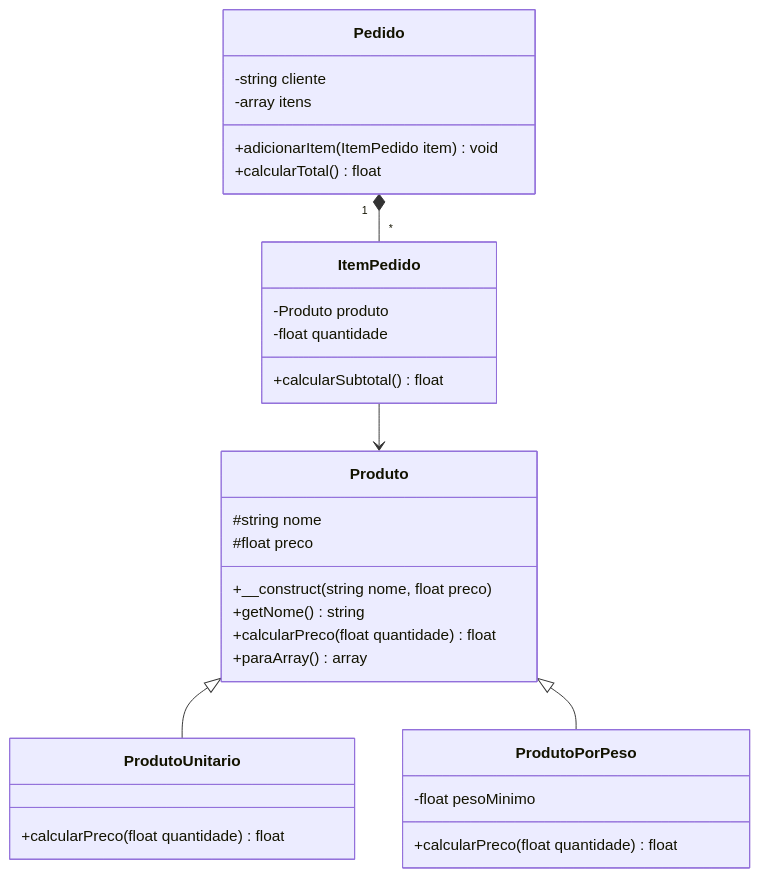
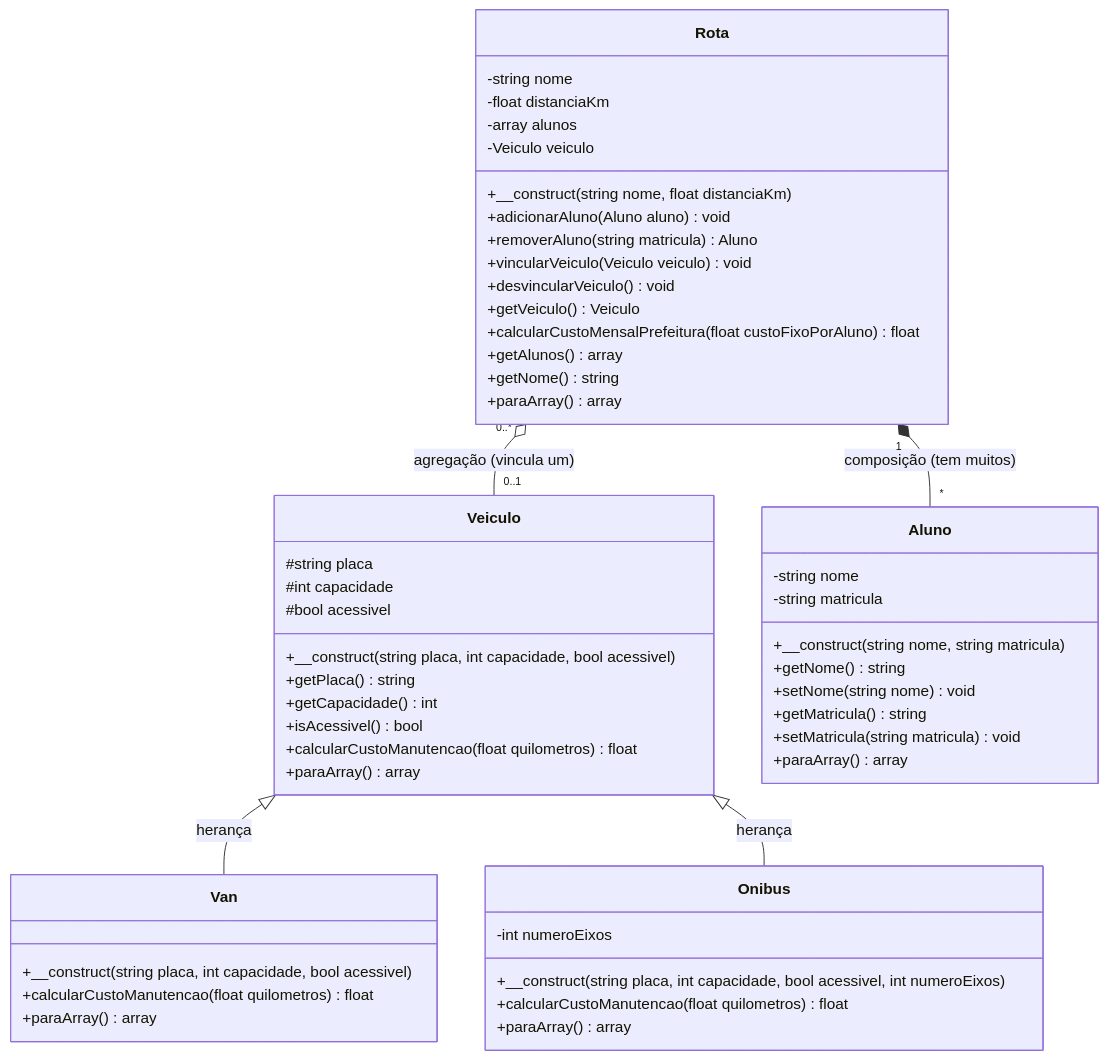
One commit to Emyyliano/trabalho-oo changed the diagram in pweb1-trabalho-oo/docs/modelagem.md. Above: the diagram before and after it, drawn with Mermaid. The commit also changed other lines of this file and 2 other files, not shown here.

Commit message:
docs(projeto) respostas dos md's

````diff
--- a/pweb1-trabalho-oo/docs/modelagem.md
+++ b/pweb1-trabalho-oo/docs/modelagem.md
@@ -8,34 +8,60 @@
 ```mermaid
 classDiagram
-    Produto <|-- ProdutoUnitario
-    Produto <|-- ProdutoPorPeso
-    Pedido "1" *-- "*" ItemPedido
-    ItemPedido --> Produto
-
-    class Produto {
-        #string nome
-        #float preco
-        +__construct(string nome, float preco)
-        +getNome() string
-        +calcularPreco(float quantidade) float
+    class Veiculo {
+        #string placa
+        #int capacidade
+        #bool acessivel
+        +__construct(string placa, int capacidade, bool acessivel)
+        +getPlaca() string
+        +getCapacidade() int
+        +isAcessivel() bool
+        +calcularCustoManutencao(float quilometros) float
         +paraArray() array
     }
-    class ProdutoUnitario {
-        +calcularPreco(float quantidade) float
+
+    class Van {
+        +__construct(string placa, int capacidade, bool acessivel)
+        +calcularCustoManutencao(float quilometros) float
+        +paraArray() array
     }
-    class ProdutoPorPeso {
-        -float pesoMinimo
-        +calcularPreco(float quantidade) float
+
+    class Onibus {
+        -int numeroEixos
+        +__construct(string placa, int capacidade, bool acessivel, int numeroEixos)
+        +calcularCustoManutencao(float quilometros) float
+        +paraArray() array
     }
-    class ItemPedido {
-        -Produto produto
-        -float quantidade
-        +calcularSubtotal() float
+
+    class Aluno {
+        -string nome
+        -string matricula
+        +__construct(string nome, string matricula)
+        +getNome() string
+        +setNome(string nome) void
+        +getMatricula() string
+        +setMatricula(string matricula) void
+        +paraArray() array
     }
-    class Pedido {
-        -string cliente
-        -array itens
-        +adicionarItem(ItemPedido item) void
-        +calcularTotal() float
+
+    class Rota {
+        -string nome
+        -float distanciaKm
+        -array alunos
+        -Veiculo veiculo
+        +__construct(string nome, float distanciaKm)
+        +adicionarAluno(Aluno aluno) void
+        +removerAluno(string matricula) Aluno
+        +vincularVeiculo(Veiculo veiculo) void
+        +desvincularVeiculo() void
+        +getVeiculo() Veiculo
+        +calcularCustoMensalPrefeitura(float custoFixoPorAluno) float
+        +getAlunos() array
+        +getNome() string
+        +paraArray() array
     }
+
+    Veiculo <|-- Van : herança
+    Veiculo <|-- Onibus : herança
+    Rota "1" *-- "*" Aluno : composição (tem muitos)
+    Rota "0..*" o-- "0..1" Veiculo : agregação (vincula um)
 ```
````
